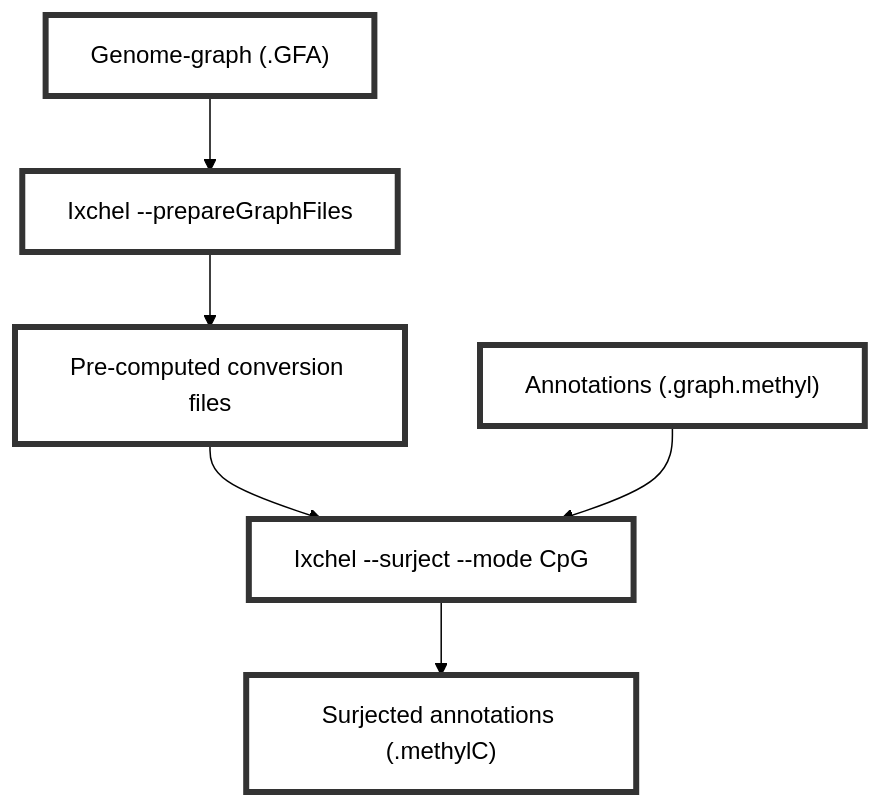
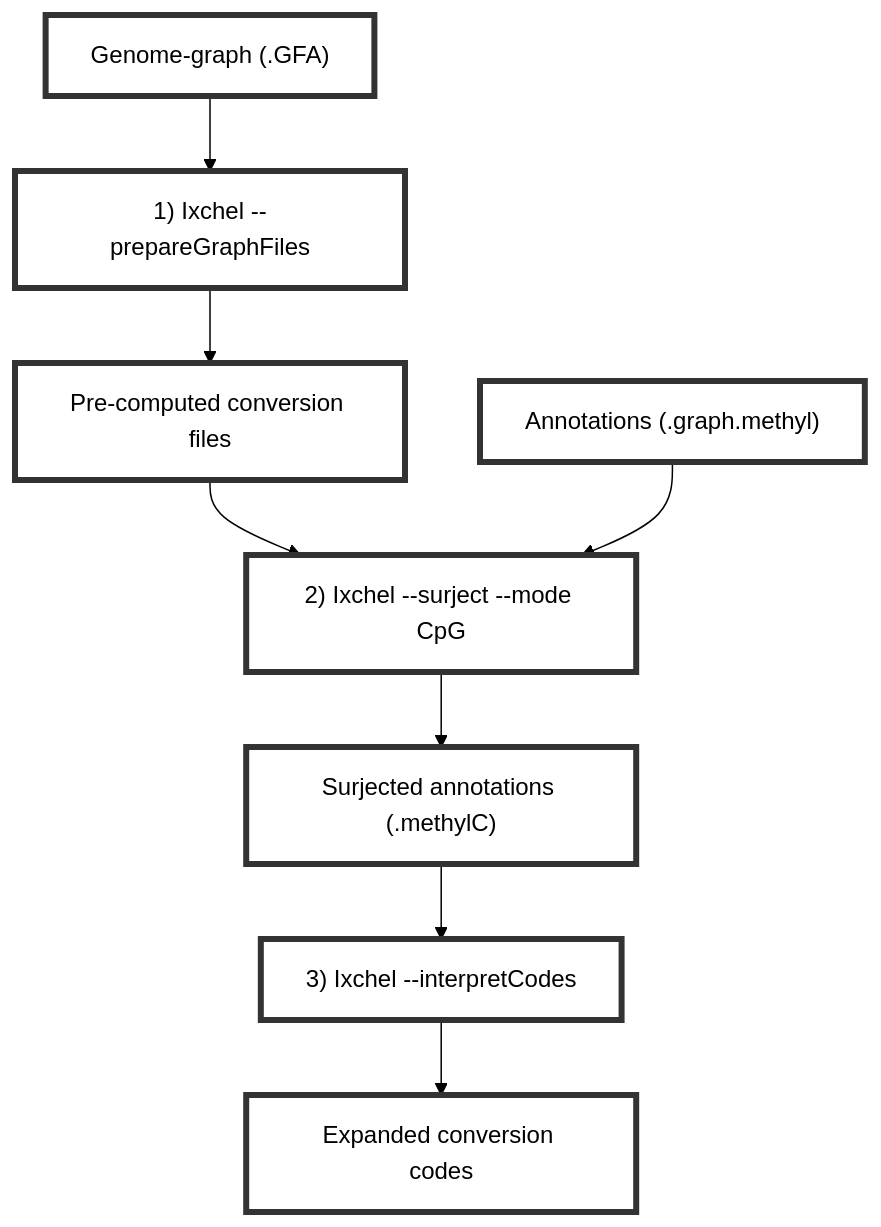
The diagram in README.md (twlab/Ixchel), drawn with Mermaid (forest theme) before and after one commit. The commit also changed other lines of this file and 14 other files, not shown here.

````diff
--- a/README.md
+++ b/README.md
@@ -6,10 +6,12 @@
 ```mermaid
 flowchart TB
-    Genomegraph["Genome-graph (.GFA)"] --> IxchelPrep["Ixchel --prepareGraphFiles"]
+    Genomegraph["Genome-graph (.GFA)"] --> IxchelPrep["1) Ixchel --prepareGraphFiles"]
     IxchelPrep --> GraphFiles["Pre-computed conversion files"]
-    GraphFiles --> IxchelSurject["Ixchel --surject --mode CpG"]
+    GraphFiles --> IxchelSurject["2) Ixchel --surject --mode CpG"]
     Annotations["Annotations (.graph.methyl)"] --> IxchelSurject
     IxchelSurject --> SurjectedAnnotations["Surjected annotations (.methylC)"]
+    SurjectedAnnotations --> IxchelInterpretCodes["3) Ixchel --interpretCodes"]
+    IxchelInterpretCodes --> ExpandedCodes["Expanded conversion codes"]
     
     classDef default fill:#fff,stroke:#333,stroke-width:4px,color:black;
 ```
````
